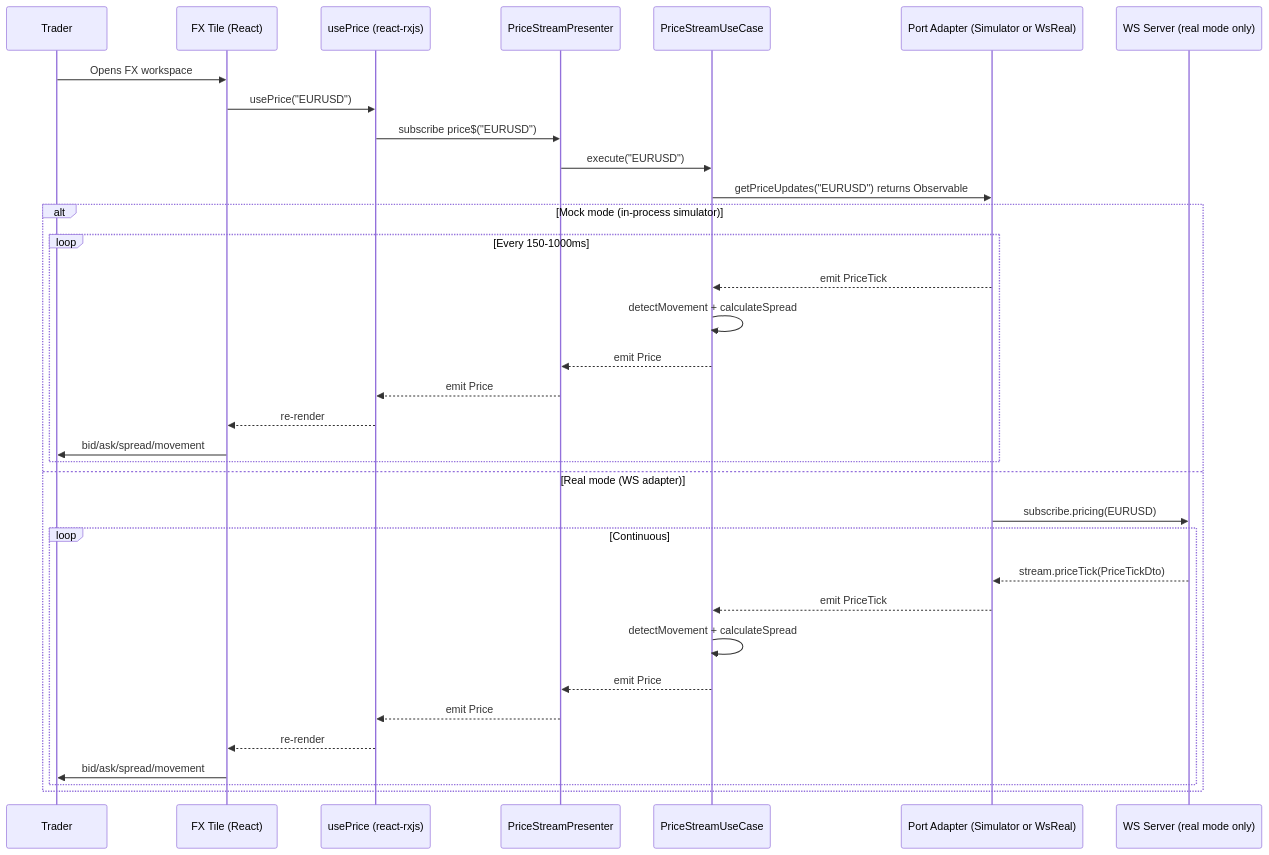
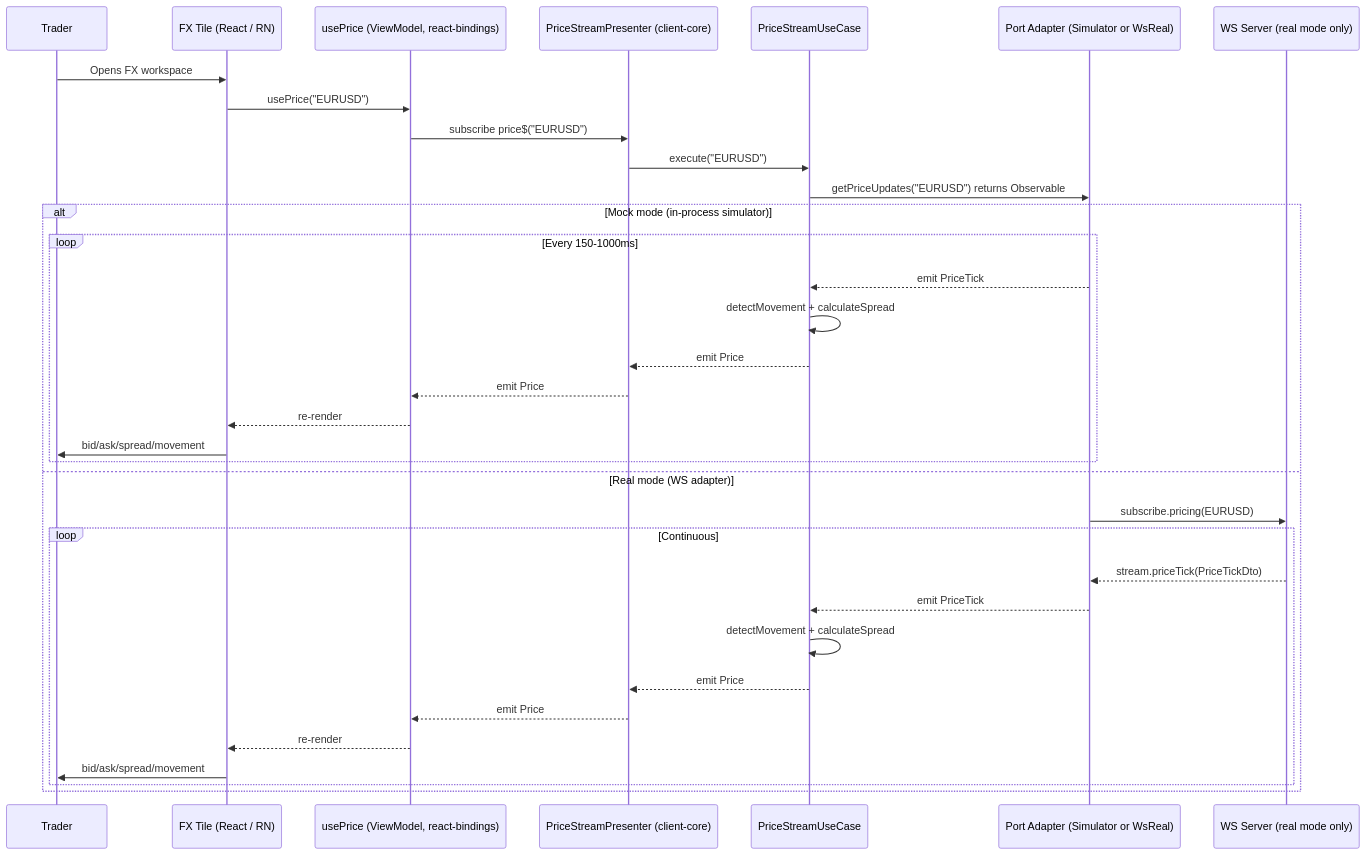
Diagram 14 of 29 in docs/architecture.md (bettersoftware-io/ReactiveTraderCloudClone), drawn with Mermaid before and after one commit. The commit also changed other lines of this file and 4 other files, not shown here.

First line of the commit message:
docs(architecture): sync architecture.md with the multi-client reality

````diff
--- a/docs/architecture.md
+++ b/docs/architecture.md
@@ -751,38 +972,38 @@
 ```mermaid
 sequenceDiagram
     participant Trader
-    participant Tile as FX Tile (React)
-    participant Hook as usePrice (react-rxjs)
-    participant Presenter as PriceStreamPresenter
+    participant Tile as FX Tile (React / RN)
+    participant Hook as usePrice (ViewModel, react-bindings)
+    participant Presenter as PriceStreamPresenter (client-core)
     participant UC as PriceStreamUseCase
     participant Adapter as Port Adapter (Simulator or WsReal)
     participant Server as WS Server (real mode only)
 
     Trader->>Tile: Opens FX workspace
     Tile->>Hook: usePrice("EURUSD")
     Hook->>Presenter: subscribe price$("EURUSD")
     Presenter->>UC: execute("EURUSD")
     UC->>Adapter: getPriceUpdates("EURUSD") returns Observable
 
     alt Mock mode (in-process simulator)
         loop Every 150-1000ms
             Adapter-->>UC: emit PriceTick
             UC->>UC: detectMovement + calculateSpread
             UC-->>Presenter: emit Price
             Presenter-->>Hook: emit Price
             Hook-->>Tile: re-render
             Tile->>Trader: bid/ask/spread/movement
         end
     else Real mode (WS adapter)
         Adapter->>Server: subscribe.pricing(EURUSD)
         loop Continuous
             Server-->>Adapter: stream.priceTick(PriceTickDto)
             Adapter-->>UC: emit PriceTick
             UC->>UC: detectMovement + calculateSpread
             UC-->>Presenter: emit Price
             Presenter-->>Hook: emit Price
             Hook-->>Tile: re-render
             Tile->>Trader: bid/ask/spread/movement
         end
     end
 ```
````
